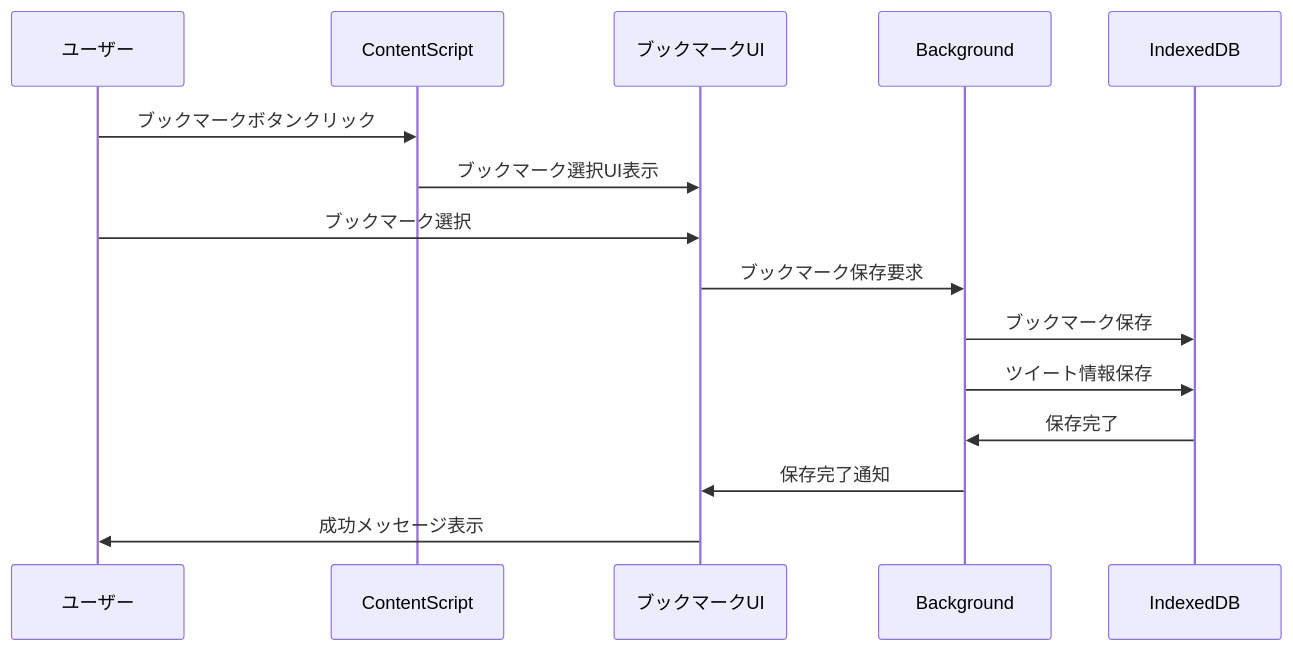
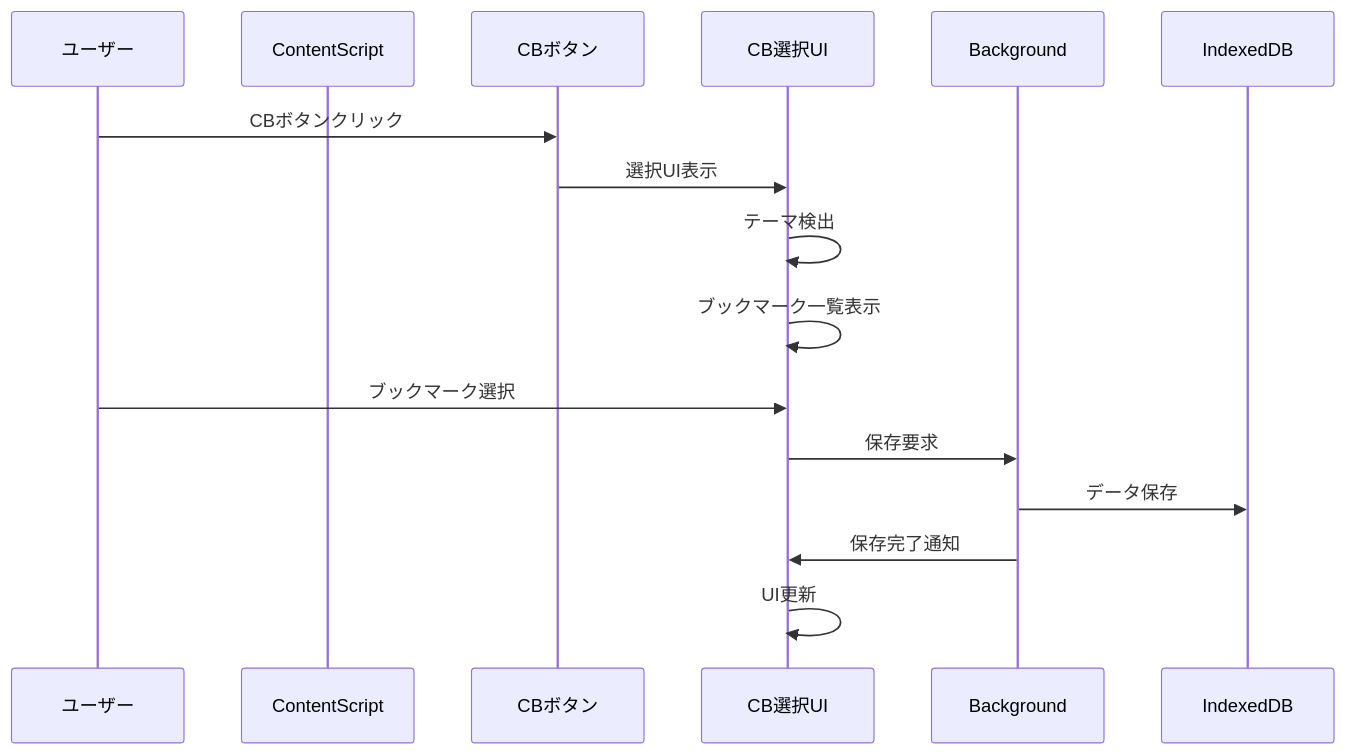
The third of 14 diagrams in docs/data-flow-diagram.md (Hutaba-Makura/Comiketter), drawn with Mermaid before and after one commit. The commit also changed other lines of this file and 5 other files, not shown here.

Commit message:
feat: データフロー図とER図を更新し、全体のデータフローとデータベース設計を明確化しました。また、実装環境ドキュメントを整備し、プロジェクト構造を詳細に記述しました。

````diff
--- a/docs/data-flow-diagram.md
+++ b/docs/data-flow-diagram.md
@@ -89,18 +66,20 @@
 ```mermaid
 sequenceDiagram
-    participant U as ユーザー
+    participant User as ユーザー
     participant CS as ContentScript
-    participant UI as ブックマークUI
+    participant CB as CBボタン
+    participant UI as CB選択UI
     participant BG as Background
     participant DB as IndexedDB
+
+    User->>CB: CBボタンクリック
+    CB->>UI: 選択UI表示
+    UI->>UI: テーマ検出
+    UI->>UI: ブックマーク一覧表示
     
-    U->>CS: ブックマークボタンクリック
-    CS->>UI: ブックマーク選択UI表示
-    U->>UI: ブックマーク選択
-    UI->>BG: ブックマーク保存要求
-    BG->>DB: ブックマーク保存
-    BG->>DB: ツイート情報保存
-    DB->>BG: 保存完了
+    User->>UI: ブックマーク選択
+    UI->>BG: 保存要求
+    BG->>DB: データ保存
     BG->>UI: 保存完了通知
-    UI->>U: 成功メッセージ表示
+    UI->>UI: UI更新
 ```
````
